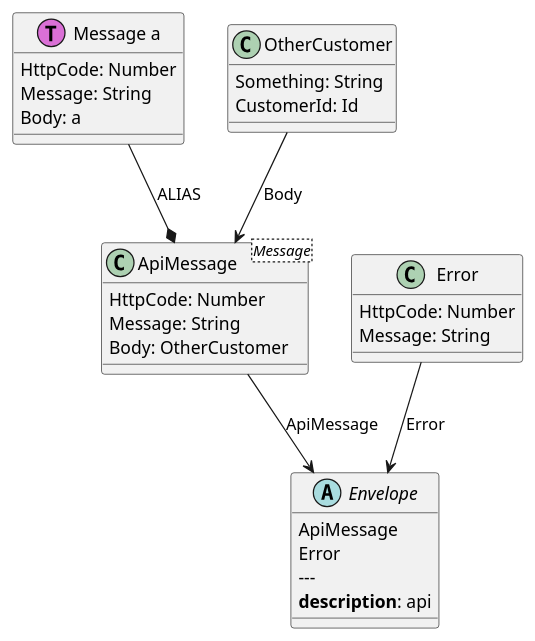
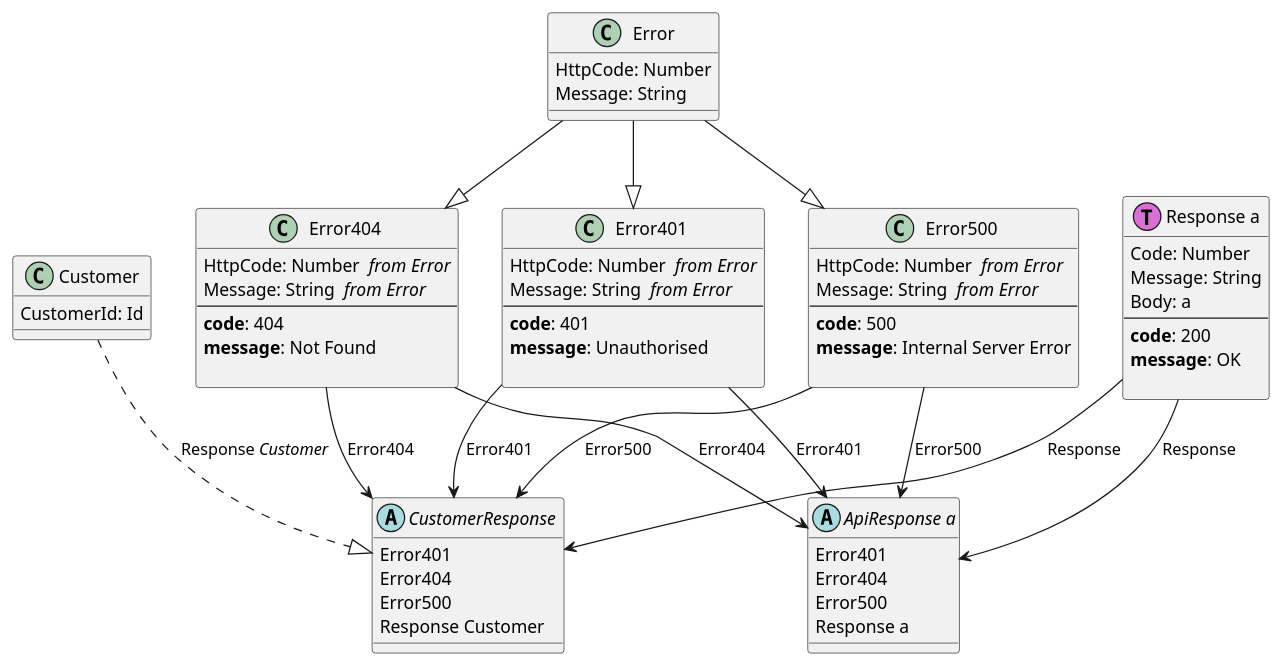
Before and after one commit to Baudin999/car-lang: the diagram in Examples/.out/Request/Request.puml, drawn with PlantUML. The commit also changed 9 other files, not shown here.

```diff
--- a/Examples/.out/Request/Request.puml
+++ b/Examples/.out/Request/Request.puml
@@ -1,29 +1,64 @@
-abstract "Envelope" as Envelope {
-	ApiMessage 
-	Error 
-  ---
-  <b>description</b>: api
-    
-}
-ApiMessage --> Envelope : ApiMessage
-Error --> Envelope : Error
-class "Message a" as Message << (T,orchid) >> {
-	HttpCode: Number 
-	Message: String 
-	Body: a 
-}
-class "OtherCustomer" as OtherCustomer  {
-	Something: String 
+class "Customer" as Customer  {
 	CustomerId: Id 
 }
-class "ApiMessage " as ApiMessage <Message> {
-	HttpCode: Number 
-	Message: String 
-	Body: OtherCustomer 
-}
-OtherCustomer --> ApiMessage : Body
-Message --* ApiMessage: ALIAS
 class "Error" as Error  {
 	HttpCode: Number 
 	Message: String 
 }
+class "Error404 " as Error404  {
+	HttpCode: Number  <i>from Error</i>
+	Message: String  <i>from Error</i>
+--
+  <b>code</b>: 404
+<b>message</b>: Not Found
+    
+}
+Error --|> Error404
+class "Error401 " as Error401  {
+	HttpCode: Number  <i>from Error</i>
+	Message: String  <i>from Error</i>
+--
+  <b>code</b>: 401
+<b>message</b>: Unauthorised
+    
+}
+Error --|> Error401
+class "Error500 " as Error500  {
+	HttpCode: Number  <i>from Error</i>
+	Message: String  <i>from Error</i>
+--
+  <b>code</b>: 500
+<b>message</b>: Internal Server Error
+    
+}
+Error --|> Error500
+class "Response a" as Response << (T,orchid) >> {
+	Code: Number 
+	Message: String 
+	Body: a 
+--
+  <b>code</b>: 200
+<b>message</b>: OK
+    
+}
+abstract "ApiResponse a" as ApiResponse {
+	Error401 
+	Error404 
+	Error500 
+	Response a
+}
+Error401 --> ApiResponse : Error401
+Error404 --> ApiResponse : Error404
+Error500 --> ApiResponse : Error500
+Response --> ApiResponse : Response
+abstract "CustomerResponse " as CustomerResponse {
+	Error401 
+	Error404 
+	Error500 
+	Response Customer
+}
+Error401 --> CustomerResponse : Error401
+Error404 --> CustomerResponse : Error404
+Error500 --> CustomerResponse : Error500
+Response --> CustomerResponse : Response
+Customer ..|> CustomerResponse : Response <i>Customer</i>
```
